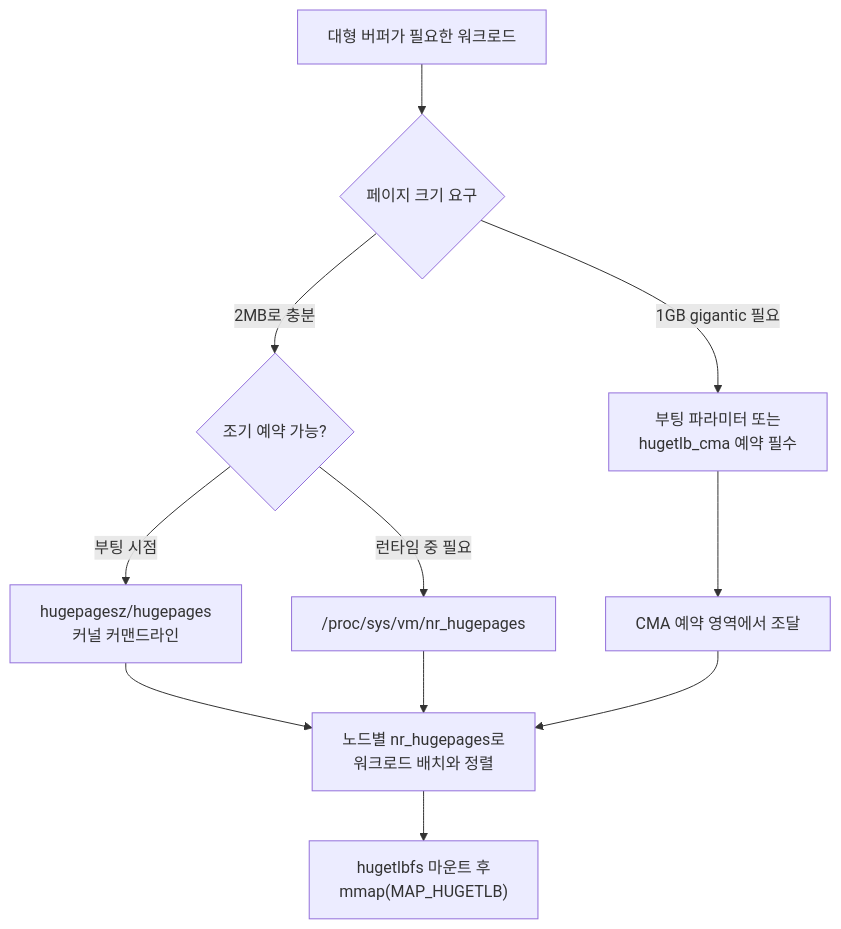
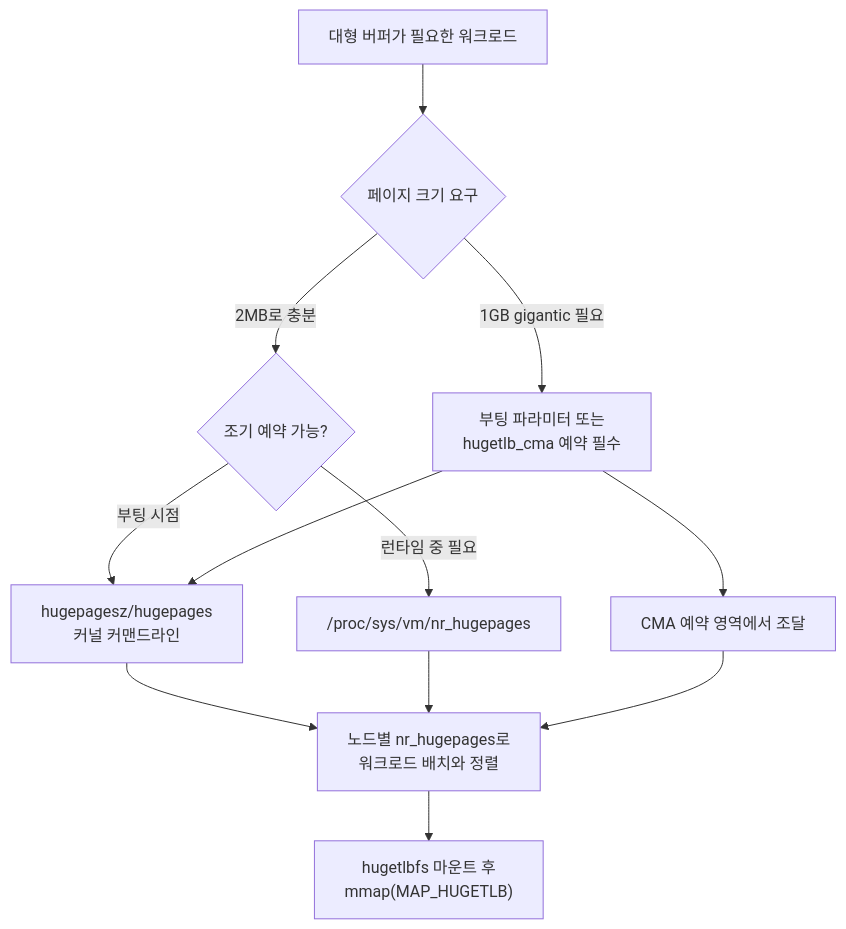
The diagram in content/collection/optimization-06-os-runtime/10-huge-tlb-pages/index.md (42jerrykim/42jerrykim.github.io), drawn with Mermaid before and after one commit. The commit also changed other lines of this file and 1 other file, not shown here.

````diff
--- a/content/collection/optimization-06-os-runtime/10-huge-tlb-pages/index.md
+++ b/content/collection/optimization-06-os-runtime/10-huge-tlb-pages/index.md
@@ -160,13 +159,14 @@
 ```mermaid
 flowchart TD
   workload["대형 버퍼가 필요한 워크로드"] --> sizeDecision{"페이지 크기 요구"}
   sizeDecision -->|"2MB로 충분"| timingCheck{"조기 예약 가능?"}
   sizeDecision -->|"1GB gigantic 필요"| giganticPath["부팅 파라미터 또는</br>hugetlb_cma 예약 필수"]
   timingCheck -->|"부팅 시점"| bootParam["hugepagesz/hugepages</br>커널 커맨드라인"]
   timingCheck -->|"런타임 중 필요"| sysctlPath["/proc/sys/vm/nr_hugepages"]
+  giganticPath --> bootParam
   giganticPath --> cmaArea["CMA 예약 영역에서 조달"]
   bootParam --> numaPool["노드별 nr_hugepages로</br>워크로드 배치와 정렬"]
   sysctlPath --> numaPool
   cmaArea --> numaPool
   numaPool --> mountFs["hugetlbfs 마운트 후</br>mmap(MAP_HUGETLB)"]
 ```
````
